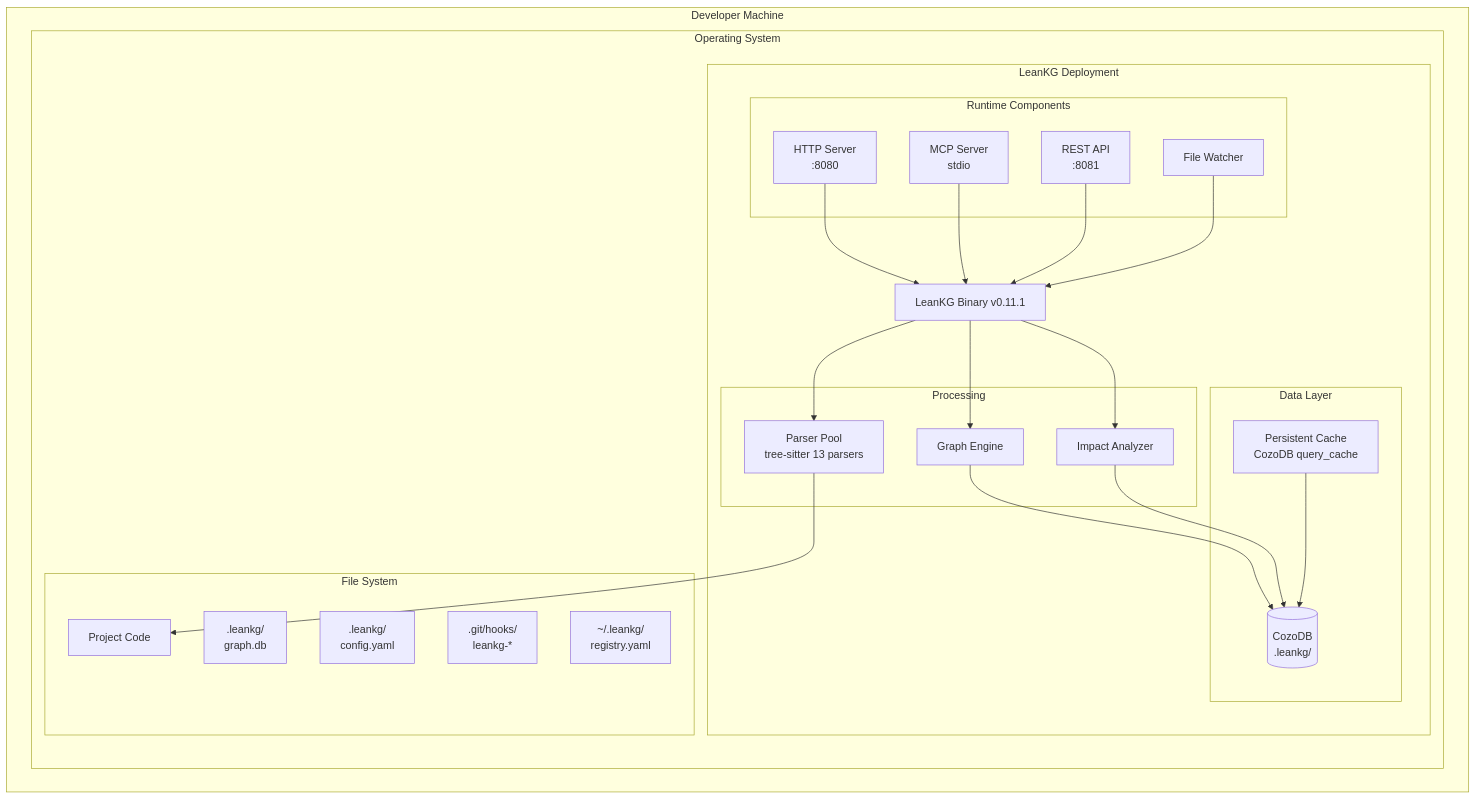
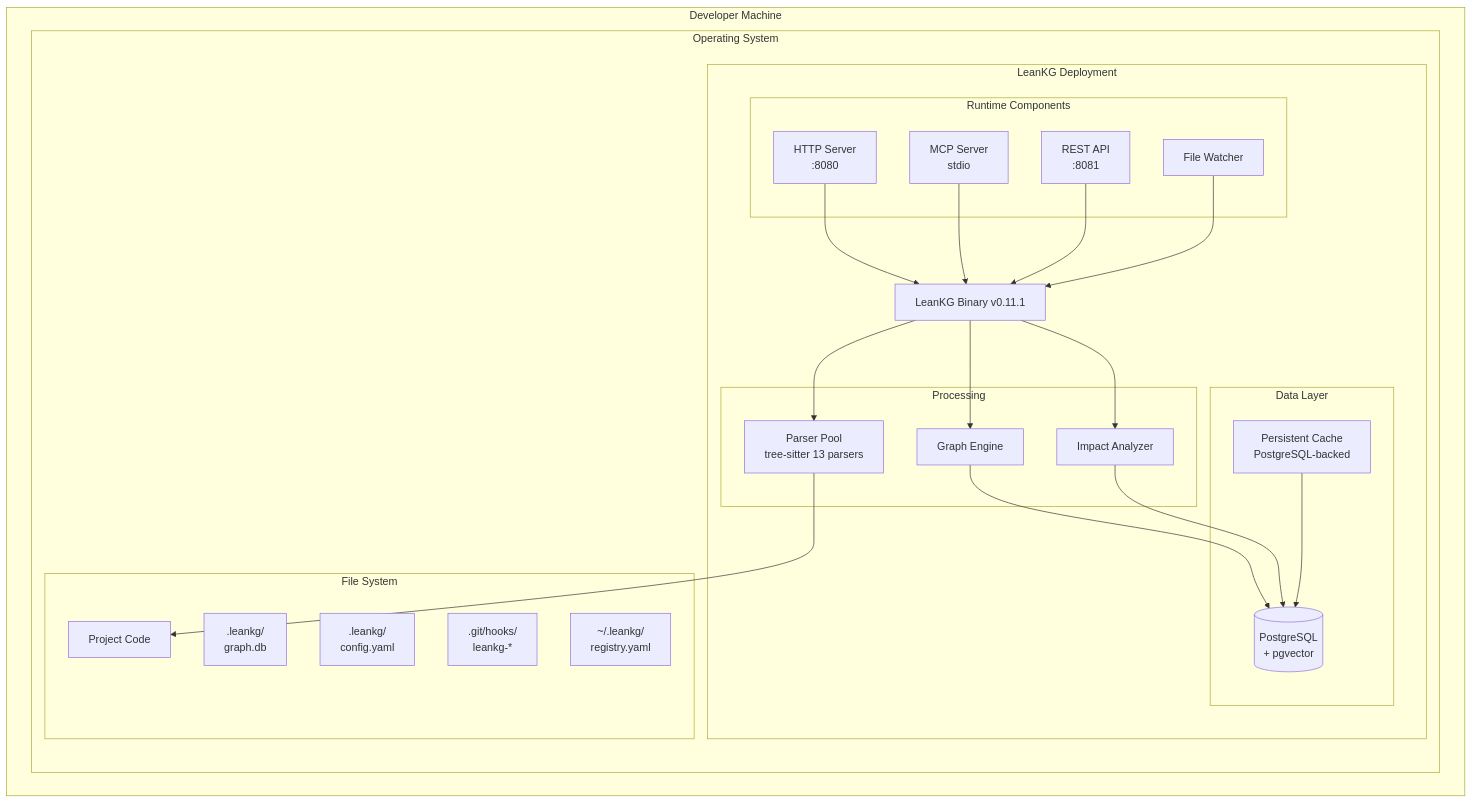
One commit to FreePeak/LeanKG changed the fourth of 13 diagrams in docs/erd.md. Above: the diagram before and after it, drawn with Mermaid. The commit also changed other lines of this file and 33 other files, not shown here.

````diff
--- a/docs/erd.md
+++ b/docs/erd.md
@@ -347,50 +347,50 @@
 ```mermaid
 graph TB
     subgraph "Developer Machine"
         subgraph "Operating System"
             subgraph "LeanKG Deployment"
                 Binary[LeanKG Binary v0.11.1]
                 
                 subgraph "Runtime Components"
                     HTTP[HTTP Server<br/>:8080]
                     MCP[MCP Server<br/>stdio]
                     RESTAPI[REST API<br/>:8081]
                     Watch[File Watcher]
                 end
                 
                 subgraph "Data Layer"
-                    DB[(CozoDB<br/>.leankg/)]
-                    PCache[Persistent Cache<br/>CozoDB query_cache]
+                    DB[(PostgreSQL<br/>+ pgvector)]
+                    PCache[Persistent Cache<br/>PostgreSQL-backed]
                 end
                 
                 subgraph "Processing"
                     Parser[Parser Pool<br/>tree-sitter 13 parsers]
                     Graph[Graph Engine]
                     Impact[Impact Analyzer]
                 end
             end
             
             subgraph "File System"
                 Code[Project Code]
                 ProjectDB[.leankg/<br/>graph.db]
                 ProjectConfig[.leankg/<br/>config.yaml]
                 HooksDir[.git/hooks/<br/>leankg-*]
                 Registry[~/.leankg/<br/>registry.yaml]
             end
         end
     end
     
     HTTP --> Binary
     MCP --> Binary
     RESTAPI --> Binary
     Watch --> Binary
     
     Binary --> Parser
     Binary --> Graph
     Binary --> Impact
     
     Parser --> Code
     Graph --> DB
     Impact --> DB
     PCache --> DB
 ```
````
